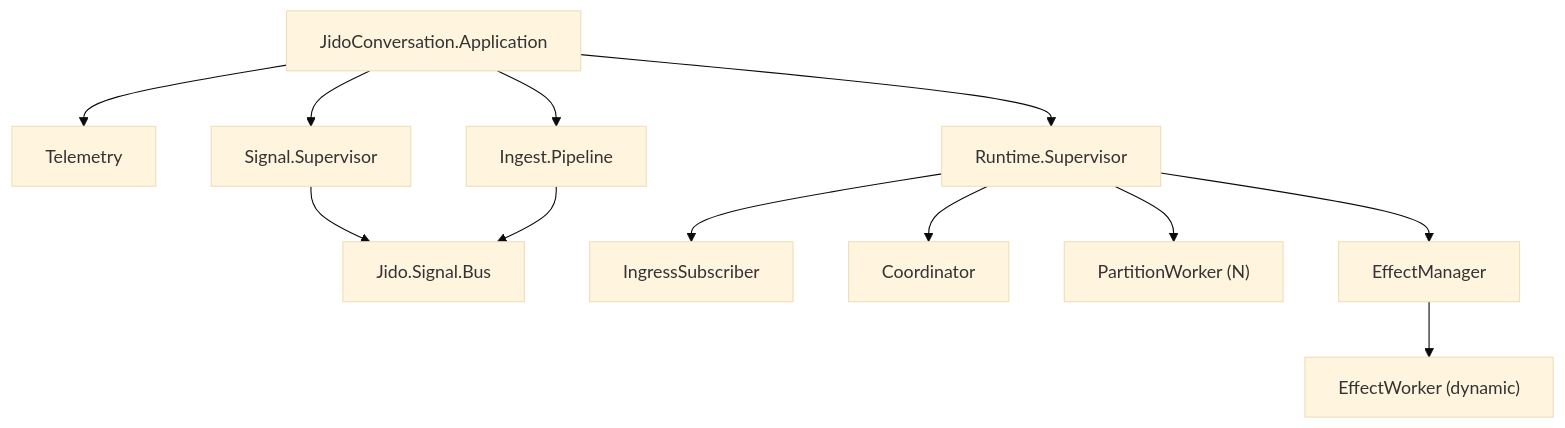
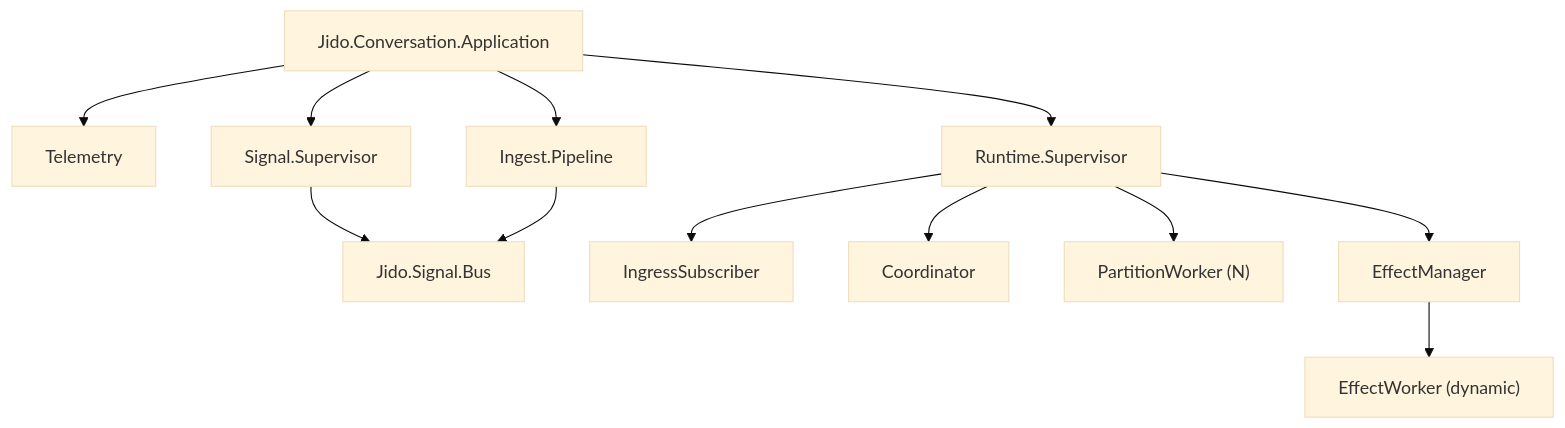
The first of 2 diagrams in docs/developer/01_system_architecture.md (pcharbon70/jido_conversation), drawn with Mermaid (base theme) before and after one commit. The commit also changed other lines of this file and 103 other files, not shown here.

Commit message:
refactor: rename namespace to Jido.Conversation

````diff
--- a/docs/developer/01_system_architecture.md
+++ b/docs/developer/01_system_architecture.md
@@ -15,16 +15,16 @@
 ```mermaid
 flowchart TD
-  A["JidoConversation.Application"] --> B["Telemetry"]
+  A["Jido.Conversation.Application"] --> B["Telemetry"]
   A --> C["Signal.Supervisor"]
   A --> D["Ingest.Pipeline"]
   A --> E["Runtime.Supervisor"]
 
   C --> F["Jido.Signal.Bus"]
   D --> F
 
   E --> G["IngressSubscriber"]
   E --> H["Coordinator"]
   E --> I["PartitionWorker (N)"]
   E --> J["EffectManager"]
   J --> K["EffectWorker (dynamic)"]
 ```
````
